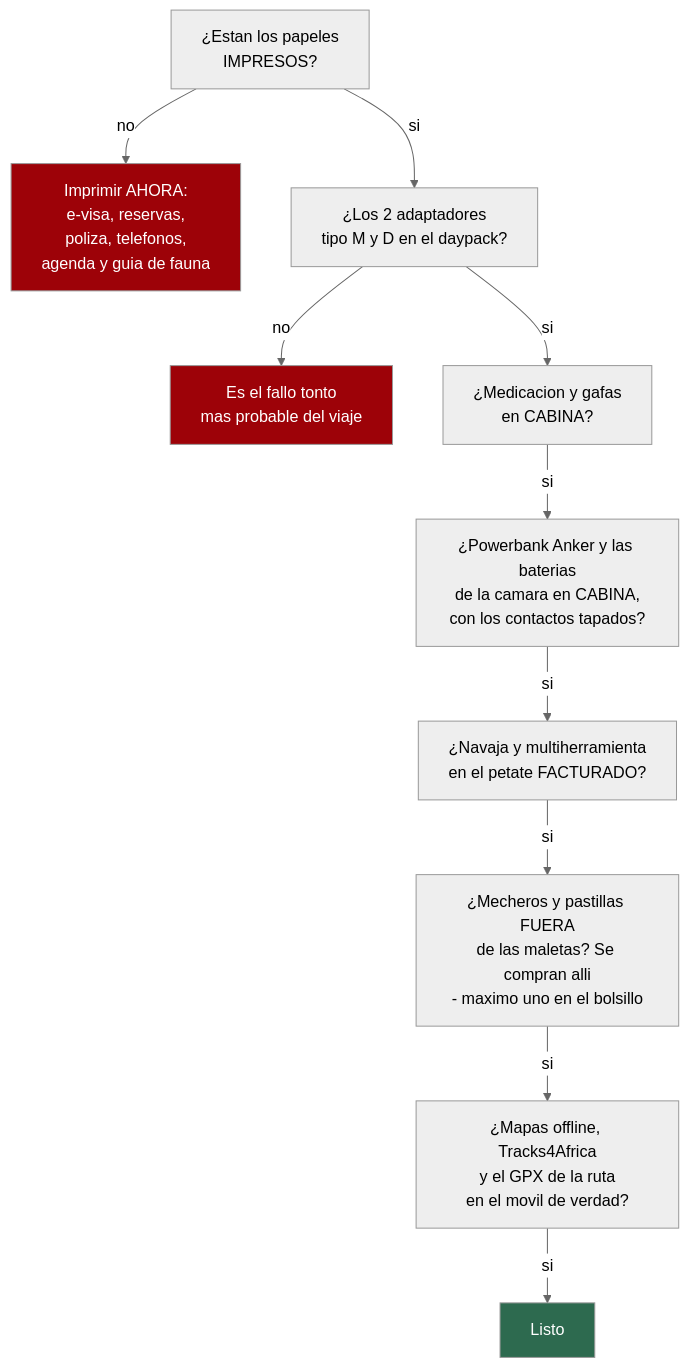
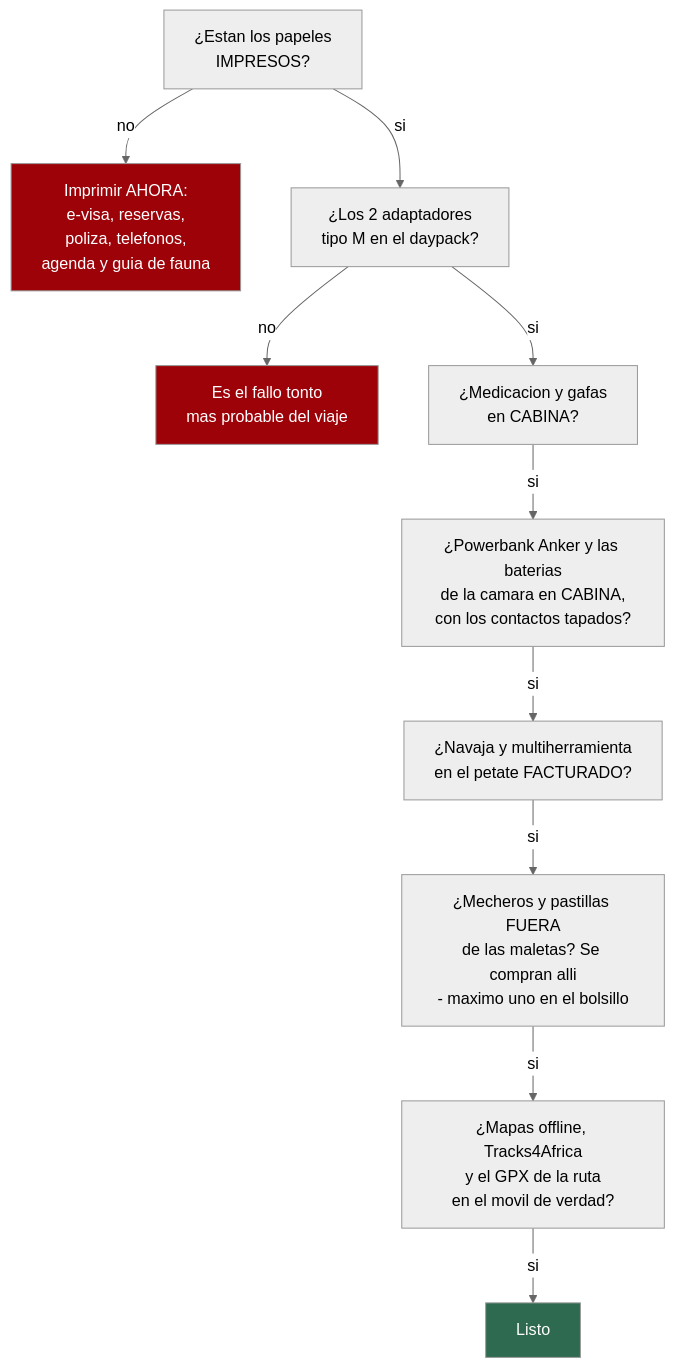
Before and after one commit to morandeirachema/namibia: the third of 3 diagrams in 17-lista-de-equipaje.md, drawn with Mermaid (neutral theme). The commit also changed other lines of this file and 5 other files, not shown here.

````diff
--- a/17-lista-de-equipaje.md
+++ b/17-lista-de-equipaje.md
@@ -1096,15 +1095,15 @@
 ```mermaid
 flowchart TD
     A["¿Estan los papeles<br/>IMPRESOS?"] -->|"no"| A1["Imprimir AHORA:<br/>e-visa, reservas,<br/>poliza, telefonos,<br/>agenda y guia de fauna"]
-    A -->|"si"| B["¿Los 2 adaptadores<br/>tipo M y D en el daypack?"]
+    A -->|"si"| B["¿Los 2 adaptadores<br/>tipo M en el daypack?"]
     B -->|"no"| B1["Es el fallo tonto<br/>mas probable del viaje"]
     B -->|"si"| C["¿Medicacion y gafas<br/>en CABINA?"]
     C -->|"si"| C2["¿Powerbank Anker y las baterias<br/>de la camara en CABINA,<br/>con los contactos tapados?"]
     C2 -->|"si"| D["¿Navaja y multiherramienta<br/>en el petate FACTURADO?"]
     D -->|"si"| G["¿Mecheros y pastillas FUERA<br/>de las maletas? Se compran alli<br/>- maximo uno en el bolsillo"]
     G -->|"si"| E["¿Mapas offline, Tracks4Africa<br/>y el GPX de la ruta<br/>en el movil de verdad?"]
     E -->|"si"| F["Listo"]
     style A1 fill:#9d0208,color:#fff
     style B1 fill:#9d0208,color:#fff
     style F fill:#2d6a4f,color:#fff
 ```
````
